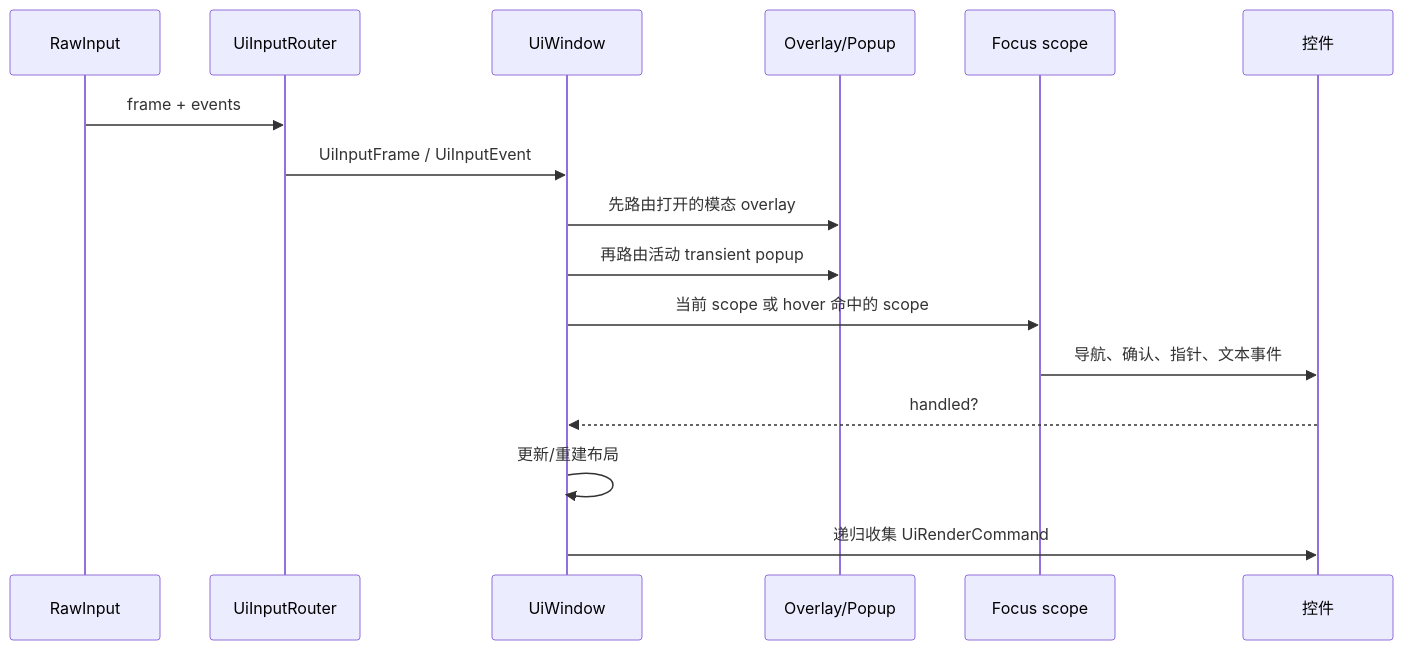
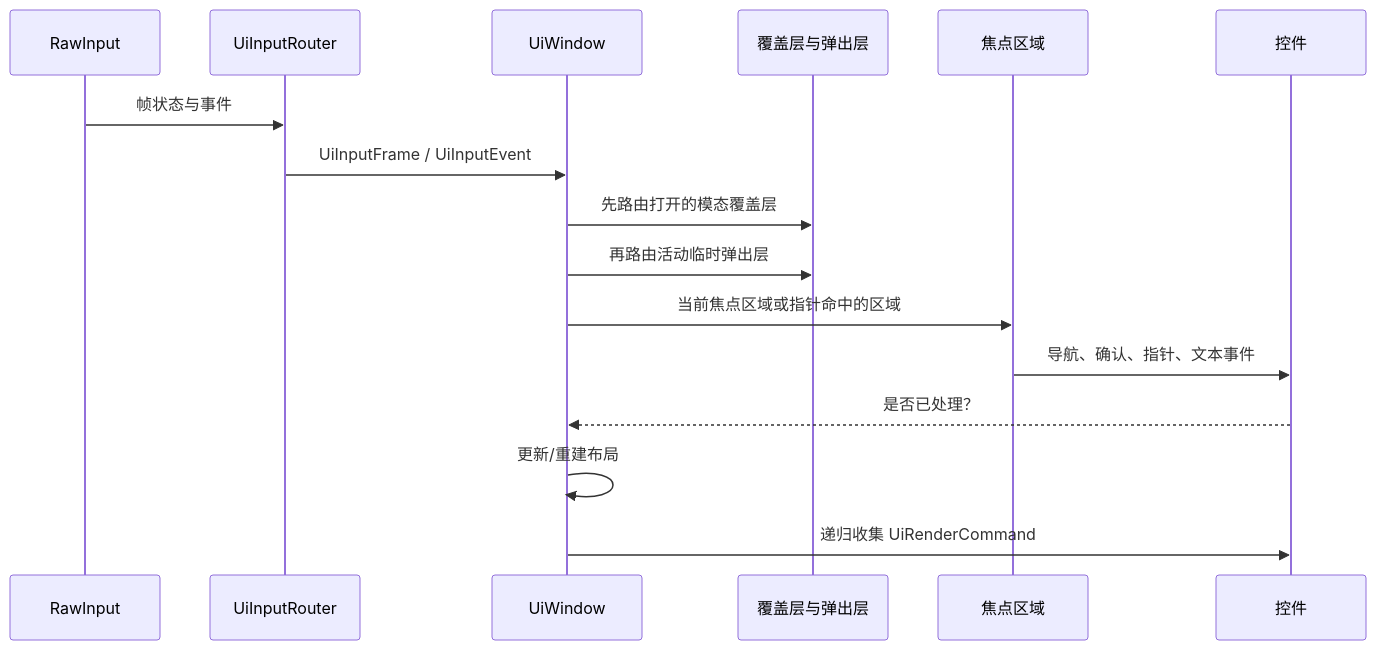
Before and after one commit to Akil0814/ElysiaEngine: the second of 3 diagrams in docs/zh-CN/architecture/subsystems/ui/architecture.md, drawn with Mermaid. The commit also changed other lines of this file and 344 other files, not shown here.

````diff
--- a/docs/zh-CN/architecture/subsystems/ui/architecture.md
+++ b/docs/zh-CN/architecture/subsystems/ui/architecture.md
@@ -32,18 +31,18 @@
 ```mermaid
 sequenceDiagram
   participant Raw as RawInput
   participant Router as UiInputRouter
   participant Window as UiWindow
-  participant Overlay as Overlay/Popup
-  participant Scope as Focus scope
+  participant Overlay as 覆盖层与弹出层
+  participant Scope as 焦点区域
   participant Leaf as 控件
-  Raw->>Router: frame + events
+  Raw->>Router: 帧状态与事件
   Router->>Window: UiInputFrame / UiInputEvent
-  Window->>Overlay: 先路由打开的模态 overlay
-  Window->>Overlay: 再路由活动 transient popup
-  Window->>Scope: 当前 scope 或 hover 命中的 scope
+  Window->>Overlay: 先路由打开的模态覆盖层
+  Window->>Overlay: 再路由活动临时弹出层
+  Window->>Scope: 当前焦点区域或指针命中的区域
   Scope->>Leaf: 导航、确认、指针、文本事件
-  Leaf-->>Window: handled?
+  Leaf-->>Window: 是否已处理？
   Window->>Window: 更新/重建布局
   Window->>Leaf: 递归收集 UiRenderCommand
 ```
````
